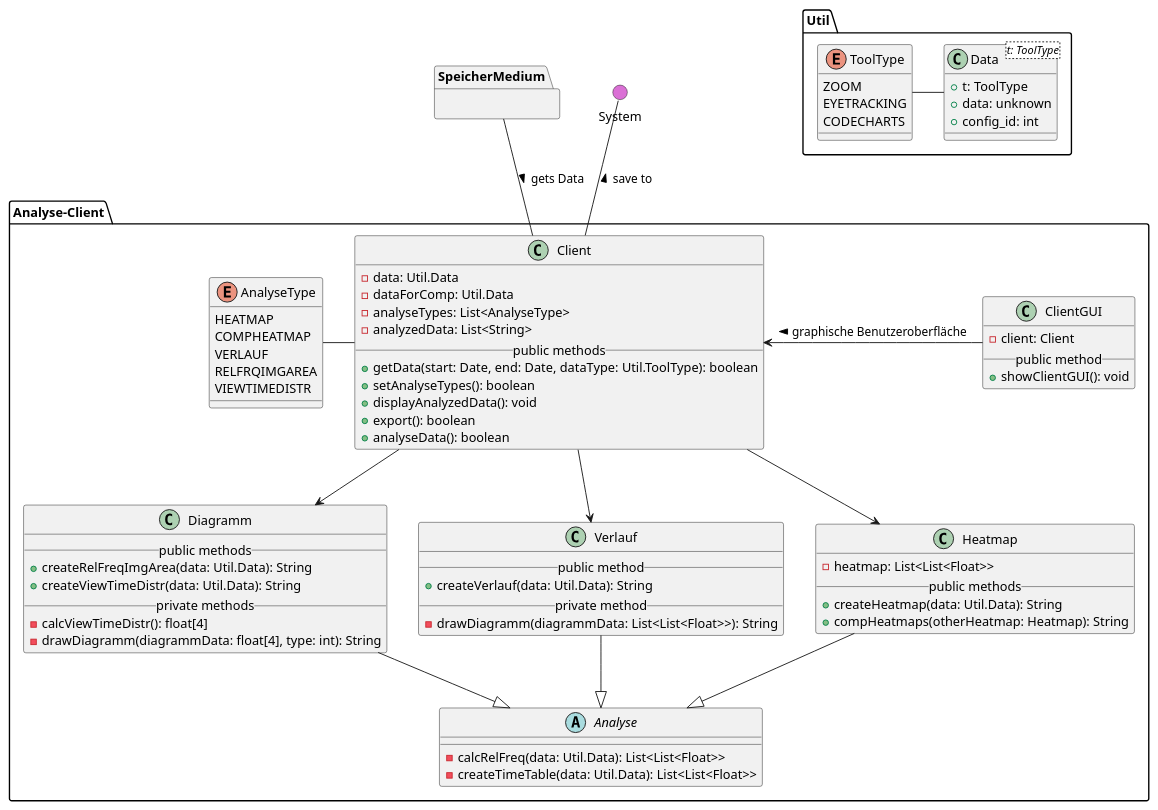
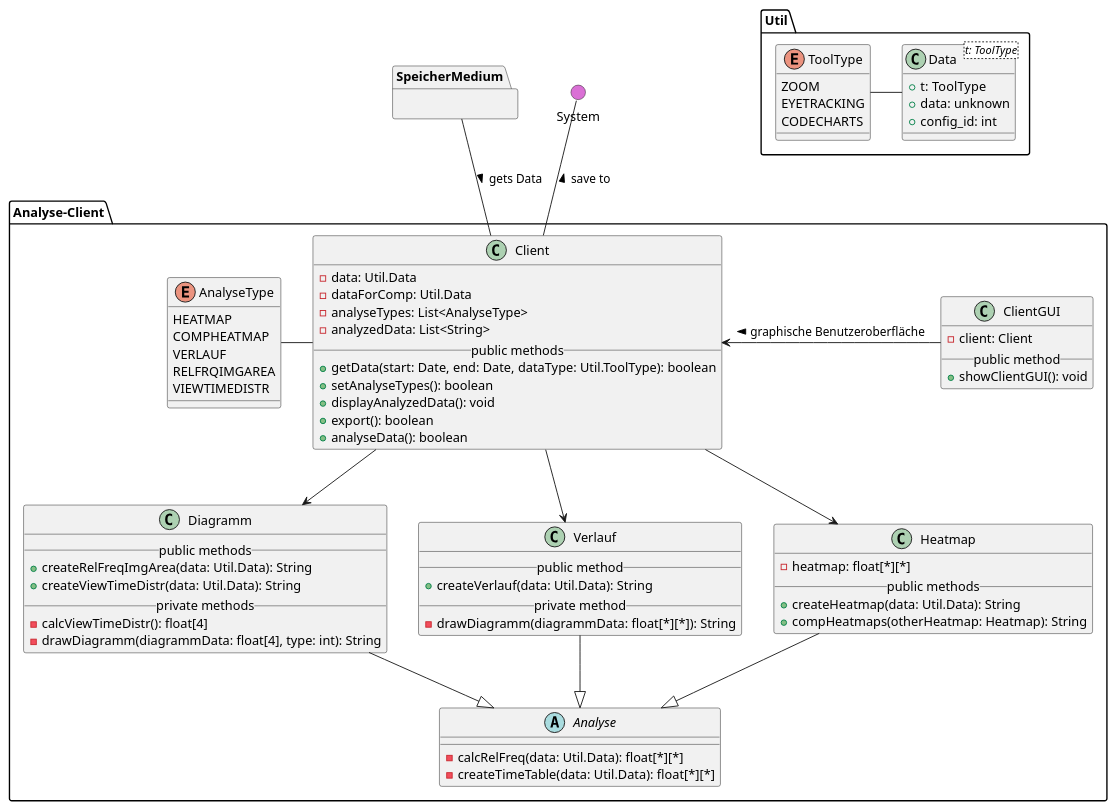
Before and after one commit to weichware10/meilensteine: the diagram in meilenstein_03/uml-analyse-client/analyseclient.puml, drawn with PlantUML.

Commit message:
Listenschreibweise angepasst

```diff
--- a/meilenstein_03/uml-analyse-client/analyseclient.puml
+++ b/meilenstein_03/uml-analyse-client/analyseclient.puml
@@ -1,111 +1,111 @@
 @startuml analyseclient
 
 ' === ANALYSE CLIENT ===
 package Analyse-Client{
 
     ' Client
     class Client {
         - data: Util.Data
         - dataForComp: Util.Data
         - analyseTypes: List<AnalyseType>
         - analyzedData: List<String>
         __public methods__
         + getData(start: Date, end: Date, dataType: Util.ToolType): boolean
         + setAnalyseTypes(): boolean
         + displayAnalyzedData(): void
         + export(): boolean
         + analyseData(): boolean
     }
 
     ' Analyse
     abstract Analyse {
-        - calcRelFreq(data: Util.Data): List<List<Float>>
-        - createTimeTable(data: Util.Data): List<List<Float>>
+        - calcRelFreq(data: Util.Data): float[*][*]
+        - createTimeTable(data: Util.Data): float[*][*]
     }
 
     ' Heatmap
     class Heatmap {
-        - heatmap: List<List<Float>>
+        - heatmap: float[*][*]
         __public methods__
         + createHeatmap(data: Util.Data): String
         + compHeatmaps(otherHeatmap: Heatmap): String
     }
 
     ' Verlauf
     class Verlauf {
         __public method__
         + createVerlauf(data: Util.Data): String
         __private method__
-        - drawDiagramm(diagrammData: List<List<Float>>): String
+        - drawDiagramm(diagrammData: float[*][*]): String
     }
 
     ' Diagramm
     class Diagramm {
         __public methods__
         + createRelFreqImgArea(data: Util.Data): String
         + createViewTimeDistr(data: Util.Data): String
         __private methods__
         - calcViewTimeDistr(): float[4]
         - drawDiagramm(diagrammData: float[4], type: int): String
     }
 
     ' Type
     enum AnalyseType {
         HEATMAP
         COMPHEATMAP
         VERLAUF
         RELFRQIMGAREA
         VIEWTIMEDISTR
     }
 
     ' ClientGUI
     class ClientGUI {
         - client: Client
         __public method__
         + showClientGUI(): void
     }
 
     ' Vererbung
     Analyse <|-u- Heatmap
     Analyse <|-u- Verlauf
     Analyse <|-u- Diagramm
 
     ' Interaktionen
     Client -d-> Heatmap
     Client -d-> Verlauf
     Client -d-> Diagramm
     Client -l- AnalyseType
     Client <-r- ClientGUI : < graphische Benutzeroberfläche
 
 }
 
 ' Blackbox
 package SpeicherMedium {}
 
 package Util {
 
     ' Typen der erhobenen Daten
     enum ToolType {
         ZOOM
         EYETRACKING
         CODECHARTS
     }
 
     ' Daten
     class Data<t: ToolType> {
         + t: ToolType
         + data: unknown
         + config_id: int
     }
 
     ' Interaktionen
     Data -l- ToolType
 }
 
 () System #DA70D5
 
 ' Interaktionen
 Client -u- System: > save to
 Client -u- SpeicherMedium : < gets Data
 
 @enduml
```
